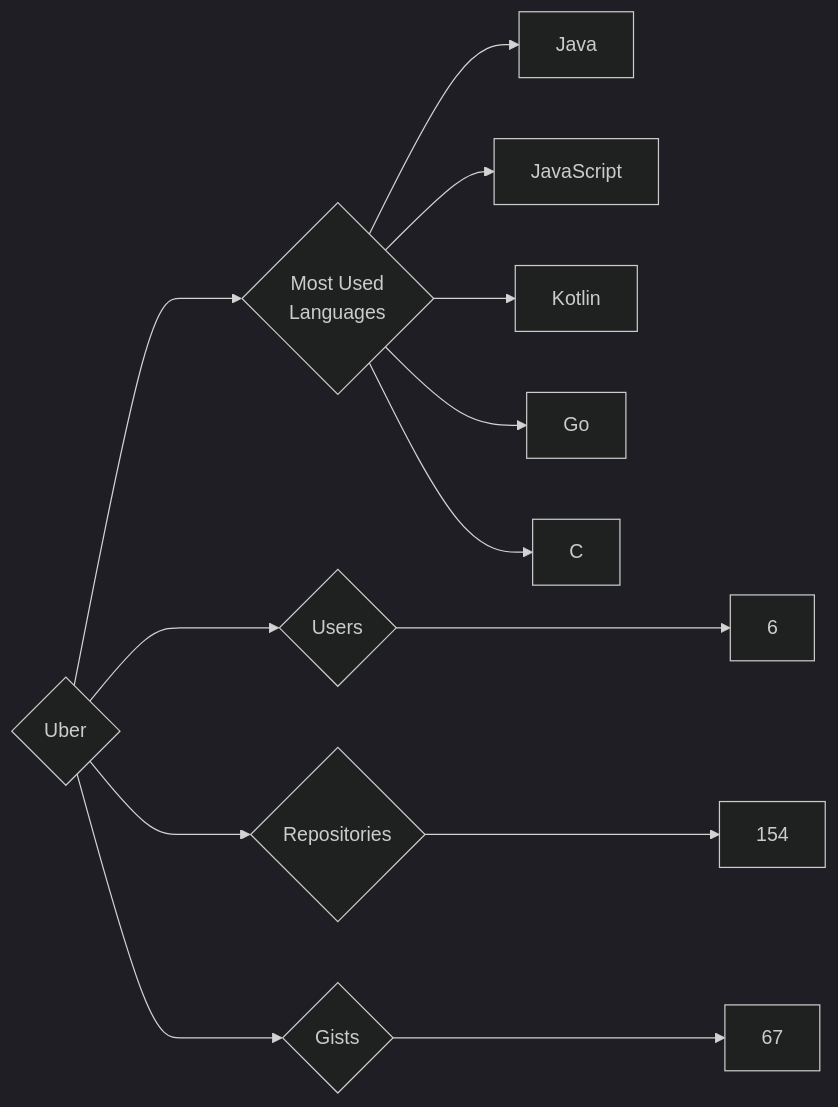
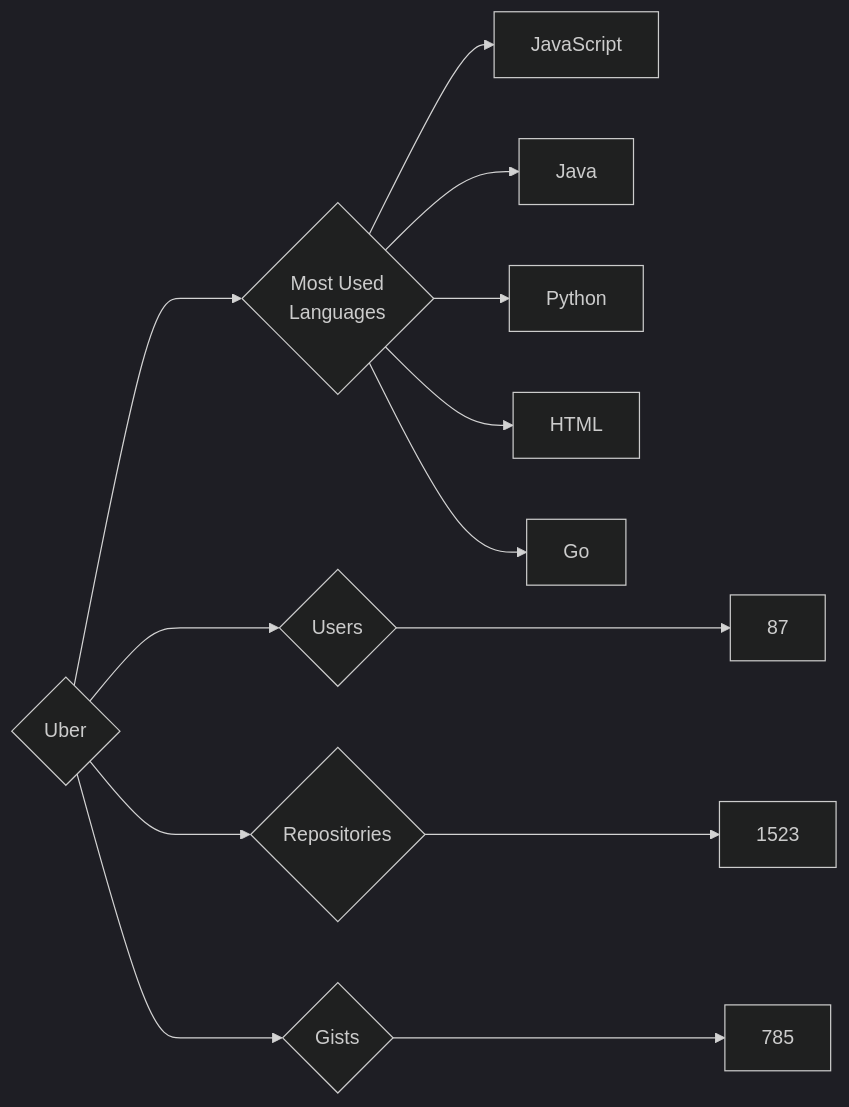
Before and after one commit to trickest/insiders: the diagram in targets/Uber/README.md, drawn with Mermaid (dark theme). The commit also changed 965 other files, not shown here.

````diff
--- a/targets/Uber/README.md
+++ b/targets/Uber/README.md
@@ -3,13 +3,13 @@
 ```mermaid
 graph LR
 COMPANY_NAME{Uber}
-COMPANY_NAME ---> U{Users} ---> UN[6]
-COMPANY_NAME ---> R{Repositories} ---> RN[154]
-COMPANY_NAME ---> G{Gists} ---> GN[67]
+COMPANY_NAME ---> U{Users} ---> UN[87]
+COMPANY_NAME ---> R{Repositories} ---> RN[1523]
+COMPANY_NAME ---> G{Gists} ---> GN[785]
 COMPANY_NAME ---> ML{Most Used<br>Languages}
+ML --> JavaScript[JavaScript]
 ML --> Java[Java]
-ML --> JavaScript[JavaScript]
-ML --> Kotlin[Kotlin]
+ML --> Python[Python]
+ML --> HTML[HTML]
 ML --> Go[Go]
-ML --> C[C]
 ```
````
